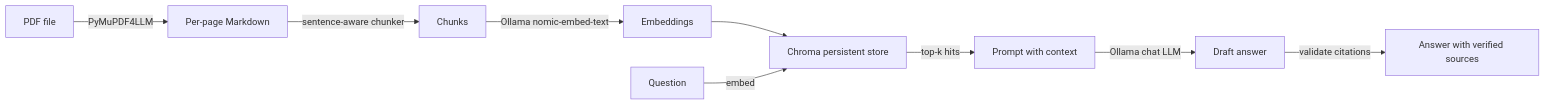
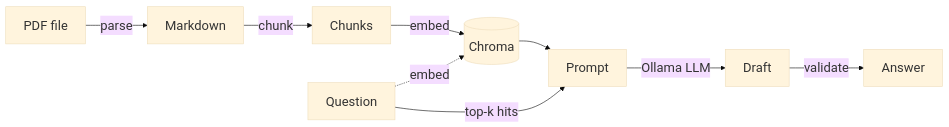
Before and after one commit to sohamwagh777/chat-with-your-pdfs: the diagram in README.md, drawn with Mermaid. The commit also changed other lines of this file and 1 other file, not shown here.

Commit message:
fix: add pre-rendered architecture PNG fallback + compact 2-row mermaid

````diff
--- a/README.md
+++ b/README.md
@@ -23,11 +23,8 @@
 ```mermaid
+%%{init: {'theme':'base', 'themeVariables': {'fontSize':'22px'}}}%%
 flowchart LR
-    PDF["PDF file"] -->|"PyMuPDF4LLM"| MD["Per-page Markdown"]
-    MD -->|"sentence-aware chunker"| CH["Chunks"]
-    CH -->|"Ollama nomic-embed-text"| V["Embeddings"]
-    V --> DB["Chroma persistent store"]
-    Q["Question"] -->|"embed"| DB
-    DB -->|"top-k hits"| PR["Prompt with context"]
-    PR -->|"Ollama chat LLM"| AN["Draft answer"]
-    AN -->|"validate citations"| OUT["Answer with verified sources"]
+    PDF["PDF file"] -->|"parse"| MD["Markdown"] -->|"chunk"| CH["Chunks"] -->|"embed"| DB[("Chroma")]
+    Q["Question"] -->|"top-k hits"| PR["Prompt"] -->|"Ollama LLM"| AN["Draft"] -->|"validate"| OUT["Answer"]
+    DB --> PR
+    Q -.->|"embed"| DB
 ```
````
